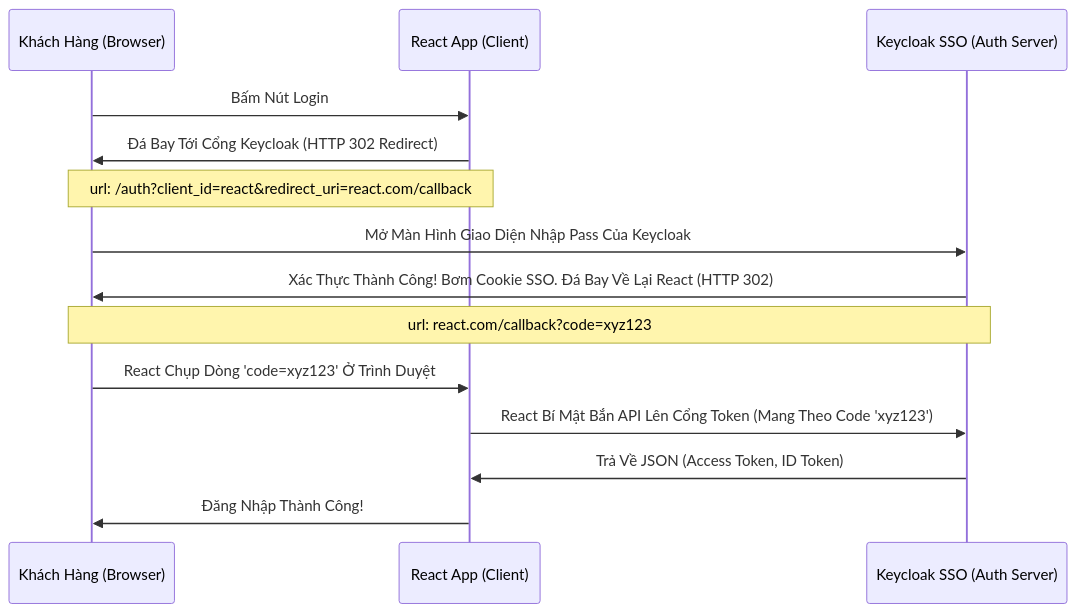
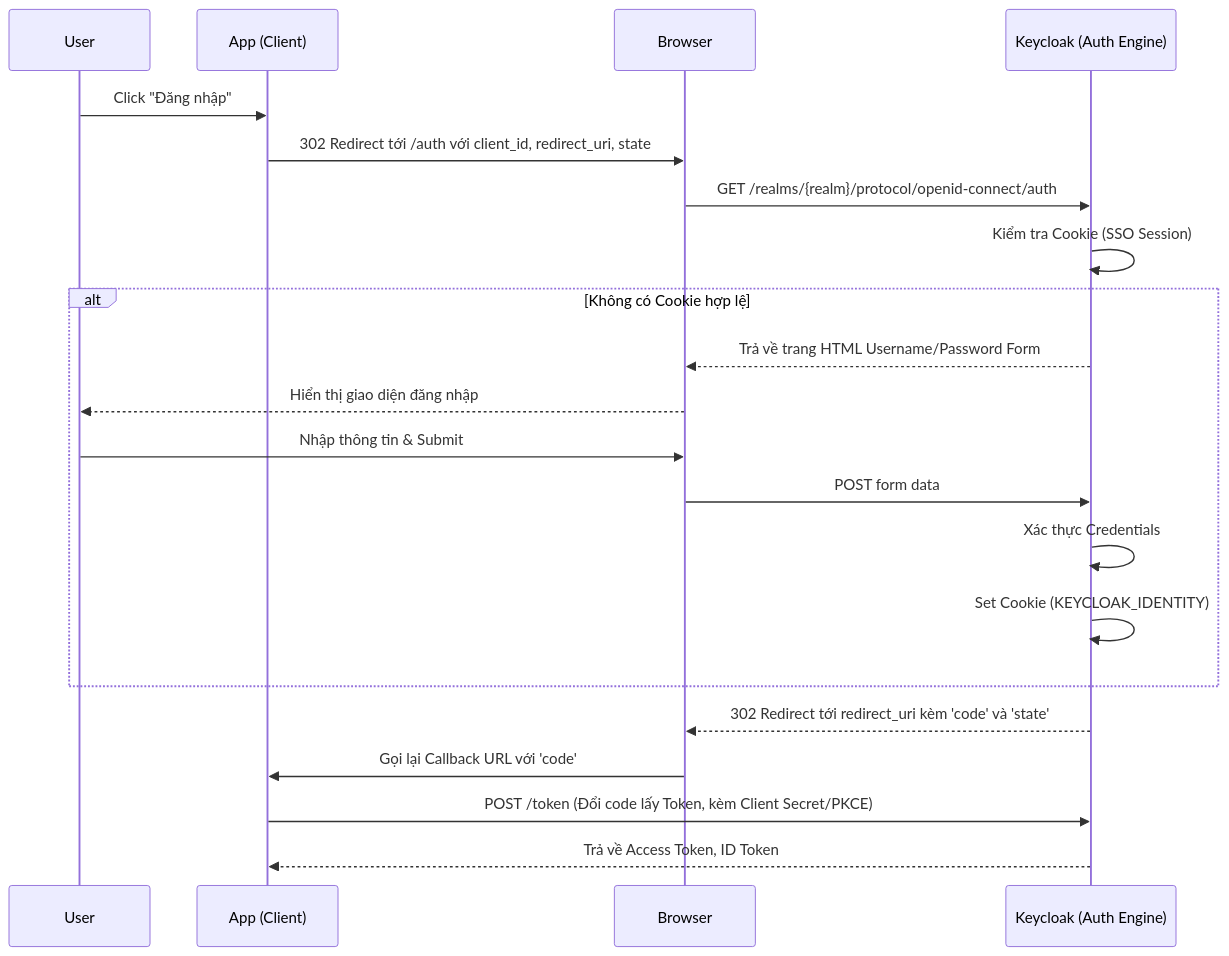
One commit to Luckyy0/keycloak changed the diagram in 12-Authentication/Module-1-Concepts/Lesson-1-Browser-Flow.md. Above: the diagram before and after it, drawn with Mermaid. The commit also changed other lines of this file and 215 other files, not shown here.

````diff
--- a/12-Authentication/Module-1-Concepts/Lesson-1-Browser-Flow.md
+++ b/12-Authentication/Module-1-Concepts/Lesson-1-Browser-Flow.md
@@ -28,19 +11,24 @@
 ```mermaid
 sequenceDiagram
-    participant U as Khách Hàng (Browser)
-    participant R as React App (Client)
-    participant K as Keycloak SSO (Auth Server)
+    participant User
+    participant App (Client)
+    participant Browser
+    participant Keycloak (Auth Engine)
     
-    U->>R: Bấm Nút Login
-    R->>U: Đá Bay Tới Cổng Keycloak (HTTP 302 Redirect)
-    Note over R,U: url: /auth?client_id=react&redirect_uri=react.com/callback
-    
-    U->>K: Mở Màn Hình Giao Diện Nhập Pass Của Keycloak
-    K->>U: Xác Thực Thành Công! Bơm Cookie SSO. Đá Bay Về Lại React (HTTP 302)
-    Note over U,K: url: react.com/callback?code=xyz123
-    
-    U->>R: React Chụp Dòng 'code=xyz123' Ở Trình Duyệt
-    R->>K: React Bí Mật Bắn API Lên Cổng Token (Mang Theo Code 'xyz123')
-    K->>R: Trả Về JSON (Access Token, ID Token)
-    R->>U: Đăng Nhập Thành Công!
+    User->>App (Client): Click "Đăng nhập"
+    App (Client)->>Browser: 302 Redirect tới /auth với client_id, redirect_uri, state
+    Browser->>Keycloak (Auth Engine): GET /realms/{realm}/protocol/openid-connect/auth
+    Keycloak (Auth Engine)->>Keycloak (Auth Engine): Kiểm tra Cookie (SSO Session)
+    alt Không có Cookie hợp lệ
+        Keycloak (Auth Engine)-->>Browser: Trả về trang HTML Username/Password Form
+        Browser-->>User: Hiển thị giao diện đăng nhập
+        User->>Browser: Nhập thông tin & Submit
+        Browser->>Keycloak (Auth Engine): POST form data
+        Keycloak (Auth Engine)->>Keycloak (Auth Engine): Xác thực Credentials
+        Keycloak (Auth Engine)->>Keycloak (Auth Engine): Set Cookie (KEYCLOAK_IDENTITY)
+    end
+    Keycloak (Auth Engine)-->>Browser: 302 Redirect tới redirect_uri kèm 'code' và 'state'
+    Browser->>App (Client): Gọi lại Callback URL với 'code'
+    App (Client)->>Keycloak (Auth Engine): POST /token (Đổi code lấy Token, kèm Client Secret/PKCE)
+    Keycloak (Auth Engine)-->>App (Client): Trả về Access Token, ID Token
 ```
````
